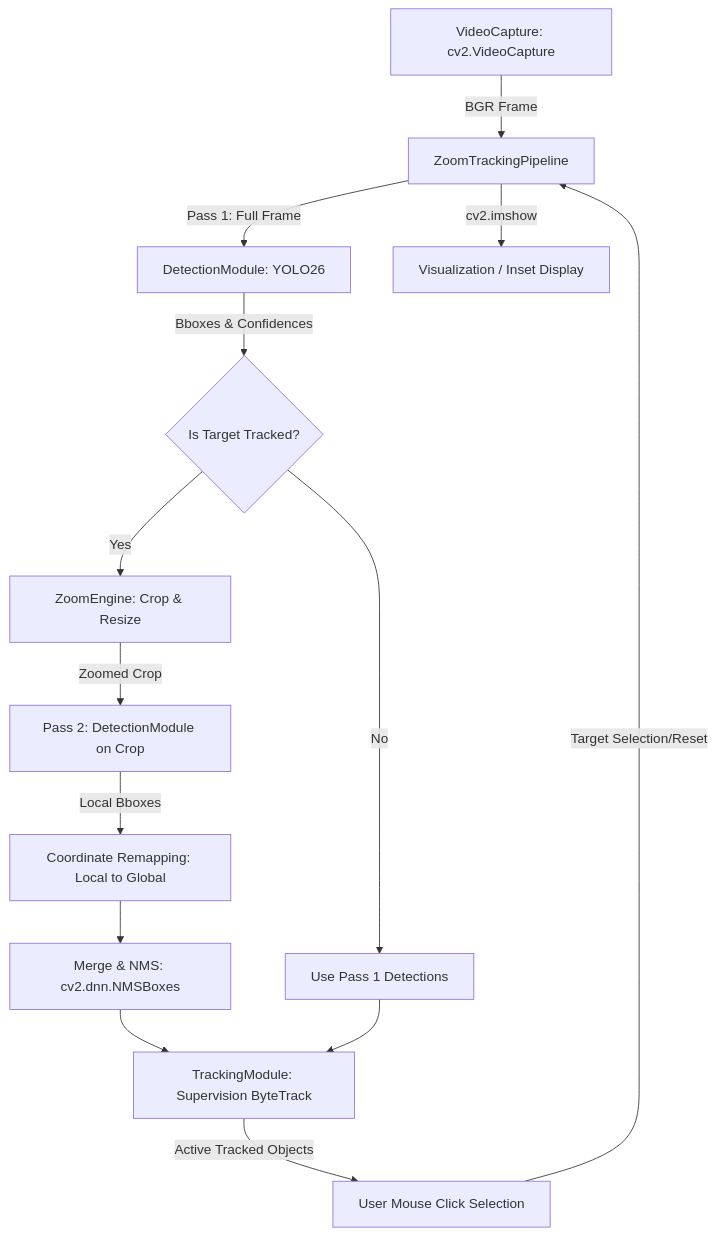
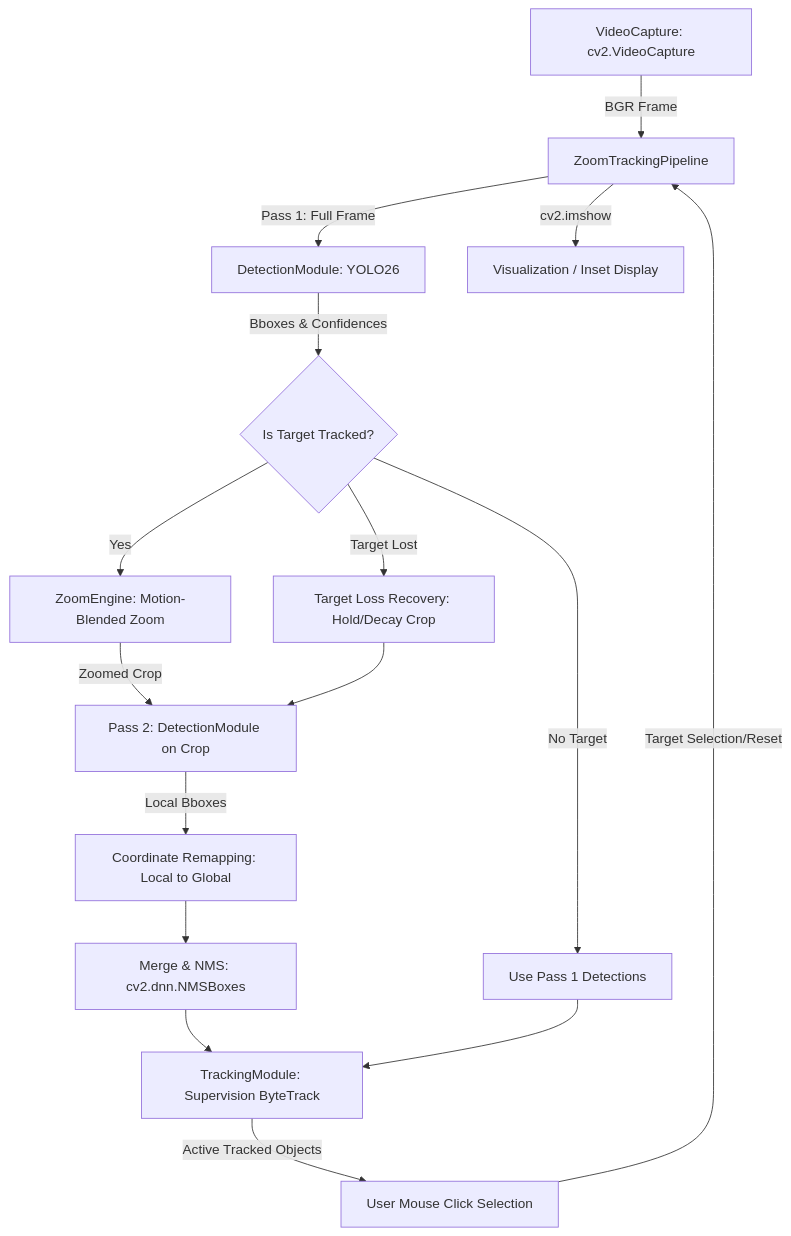
One commit to AdithyaK3106/Zoom-Tracking changed the diagram in README.md. Above: the diagram before and after it, drawn with Mermaid. The commit also changed other lines of this file and 9 other files, not shown here.

````diff
--- a/README.md
+++ b/README.md
@@ -11,18 +11,22 @@
 ```mermaid
 graph TD
     A[VideoCapture: cv2.VideoCapture] -->|BGR Frame| B[ZoomTrackingPipeline]
     B -->|Pass 1: Full Frame| C[DetectionModule: YOLO26]
     C -->|Bboxes & Confidences| D{Is Target Tracked?}
     
-    D -->|Yes| E[ZoomEngine: Crop & Resize]
+    D -->|Yes| E[ZoomEngine: Motion-Blended Zoom]
     E -->|Zoomed Crop| F[Pass 2: DetectionModule on Crop]
     F -->|Local Bboxes| G[Coordinate Remapping: Local to Global]
     G --> H[Merge & NMS: cv2.dnn.NMSBoxes]
-    D -->|No| I[Use Pass 1 Detections]
+    
+    D -->|Target Lost| TR[Target Loss Recovery: Hold/Decay Crop]
+    TR --> F
+    
+    D -->|No Target| I[Use Pass 1 Detections]
     
     H --> J[TrackingModule: Supervision ByteTrack]
     I --> J
     J -->|Active Tracked Objects| K[User Mouse Click Selection]
     K -->|Target Selection/Reset| B
     B -->|cv2.imshow| L[Visualization / Inset Display]
 ```
````
